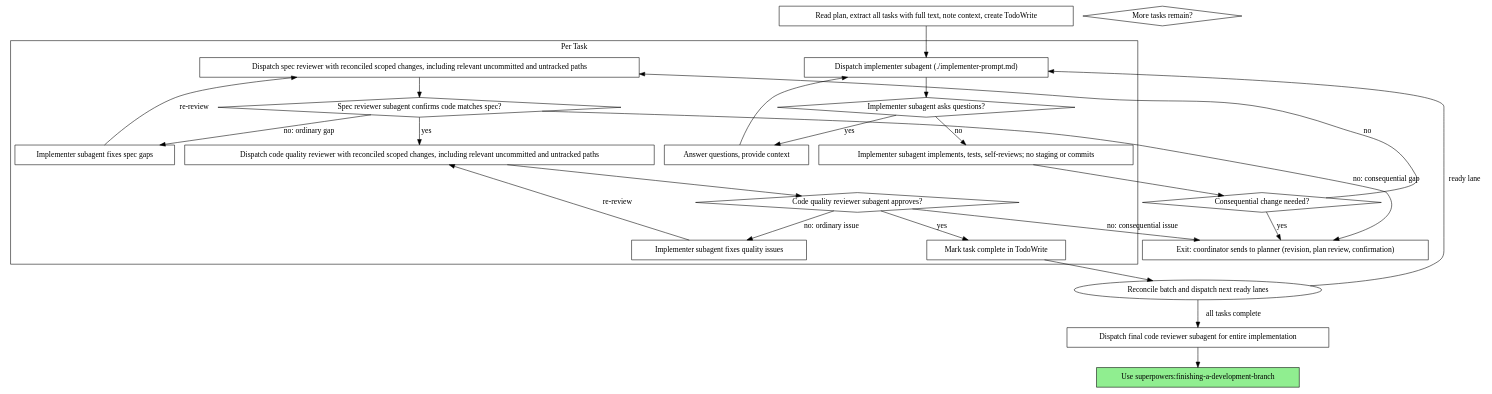
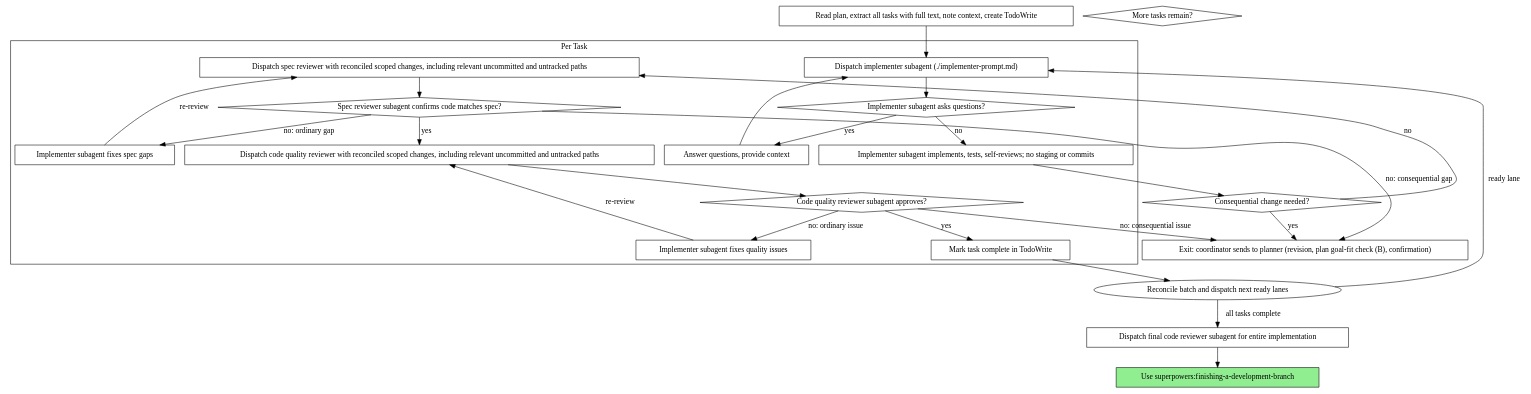
Before and after one commit to ninjasitm/ai-assisted-dev-toolkit: the second of 2 diagrams in src/monorepo/.agents/skills/subagent-driven-development/SKILL.md, drawn with Graphviz. The commit also changed other lines of this file and 137 other files, not shown here.

First line of the commit message:
feat: preview merge, UI builder routing and goal-fit terminology (5.5.0)

````diff
--- a/src/monorepo/.agents/skills/subagent-driven-development/SKILL.md
+++ b/src/monorepo/.agents/skills/subagent-driven-development/SKILL.md
@@ -51,51 +51,51 @@
 ```dot
 digraph process {
     rankdir=TB;
 
     subgraph cluster_per_task {
         label="Per Task";
         "Dispatch implementer subagent (./implementer-prompt.md)" [shape=box];
         "Implementer subagent asks questions?" [shape=diamond];
         "Answer questions, provide context" [shape=box];
         "Implementer subagent implements, tests, self-reviews; no staging or commits" [shape=box];
         "Dispatch spec reviewer with reconciled scoped changes, including relevant uncommitted and untracked paths" [shape=box];
         "Spec reviewer subagent confirms code matches spec?" [shape=diamond];
         "Implementer subagent fixes spec gaps" [shape=box];
         "Dispatch code quality reviewer with reconciled scoped changes, including relevant uncommitted and untracked paths" [shape=box];
         "Code quality reviewer subagent approves?" [shape=diamond];
         "Implementer subagent fixes quality issues" [shape=box];
         "Mark task complete in TodoWrite" [shape=box];
     }
 
     "Read plan, extract all tasks with full text, note context, create TodoWrite" [shape=box];
     "More tasks remain?" [shape=diamond];
     "Dispatch final code reviewer subagent for entire implementation" [shape=box];
     "Use superpowers:finishing-a-development-branch" [shape=box style=filled fillcolor=lightgreen];
 
     "Consequential change needed?" [shape=diamond];
-    "Exit: coordinator sends to planner (revision, plan review, confirmation)" [shape=box];
+    "Exit: coordinator sends to planner (revision, plan goal-fit check (B), confirmation)" [shape=box];
 
     "Read plan, extract all tasks with full text, note context, create TodoWrite" -> "Dispatch implementer subagent (./implementer-prompt.md)";
     "Dispatch implementer subagent (./implementer-prompt.md)" -> "Implementer subagent asks questions?";
     "Implementer subagent asks questions?" -> "Answer questions, provide context" [label="yes"];
     "Answer questions, provide context" -> "Dispatch implementer subagent (./implementer-prompt.md)";
     "Implementer subagent asks questions?" -> "Implementer subagent implements, tests, self-reviews; no staging or commits" [label="no"];
     "Implementer subagent implements, tests, self-reviews; no staging or commits" -> "Consequential change needed?";
-    "Consequential change needed?" -> "Exit: coordinator sends to planner (revision, plan review, confirmation)" [label="yes"];
+    "Consequential change needed?" -> "Exit: coordinator sends to planner (revision, plan goal-fit check (B), confirmation)" [label="yes"];
     "Consequential change needed?" -> "Dispatch spec reviewer with reconciled scoped changes, including relevant uncommitted and untracked paths" [label="no"];
     "Dispatch spec reviewer with reconciled scoped changes, including relevant uncommitted and untracked paths" -> "Spec reviewer subagent confirms code matches spec?";
     "Spec reviewer subagent confirms code matches spec?" -> "Implementer subagent fixes spec gaps" [label="no: ordinary gap"];
-    "Spec reviewer subagent confirms code matches spec?" -> "Exit: coordinator sends to planner (revision, plan review, confirmation)" [label="no: consequential gap"];
+    "Spec reviewer subagent confirms code matches spec?" -> "Exit: coordinator sends to planner (revision, plan goal-fit check (B), confirmation)" [label="no: consequential gap"];
     "Implementer subagent fixes spec gaps" -> "Dispatch spec reviewer with reconciled scoped changes, including relevant uncommitted and untracked paths" [label="re-review"];
     "Spec reviewer subagent confirms code matches spec?" -> "Dispatch code quality reviewer with reconciled scoped changes, including relevant uncommitted and untracked paths" [label="yes"];
     "Dispatch code quality reviewer with reconciled scoped changes, including relevant uncommitted and untracked paths" -> "Code quality reviewer subagent approves?";
     "Code quality reviewer subagent approves?" -> "Implementer subagent fixes quality issues" [label="no: ordinary issue"];
-    "Code quality reviewer subagent approves?" -> "Exit: coordinator sends to planner (revision, plan review, confirmation)" [label="no: consequential issue"];
+    "Code quality reviewer subagent approves?" -> "Exit: coordinator sends to planner (revision, plan goal-fit check (B), confirmation)" [label="no: consequential issue"];
     "Implementer subagent fixes quality issues" -> "Dispatch code quality reviewer with reconciled scoped changes, including relevant uncommitted and untracked paths" [label="re-review"];
     "Code quality reviewer subagent approves?" -> "Mark task complete in TodoWrite" [label="yes"];
     "Mark task complete in TodoWrite" -> "Reconcile batch and dispatch next ready lanes";
     "Reconcile batch and dispatch next ready lanes" -> "Dispatch implementer subagent (./implementer-prompt.md)" [label="ready lane"];
     "Reconcile batch and dispatch next ready lanes" -> "Dispatch final code reviewer subagent for entire implementation" [label="all tasks complete"];
     "Dispatch final code reviewer subagent for entire implementation" -> "Use superpowers:finishing-a-development-branch";
 }
 ```
````
